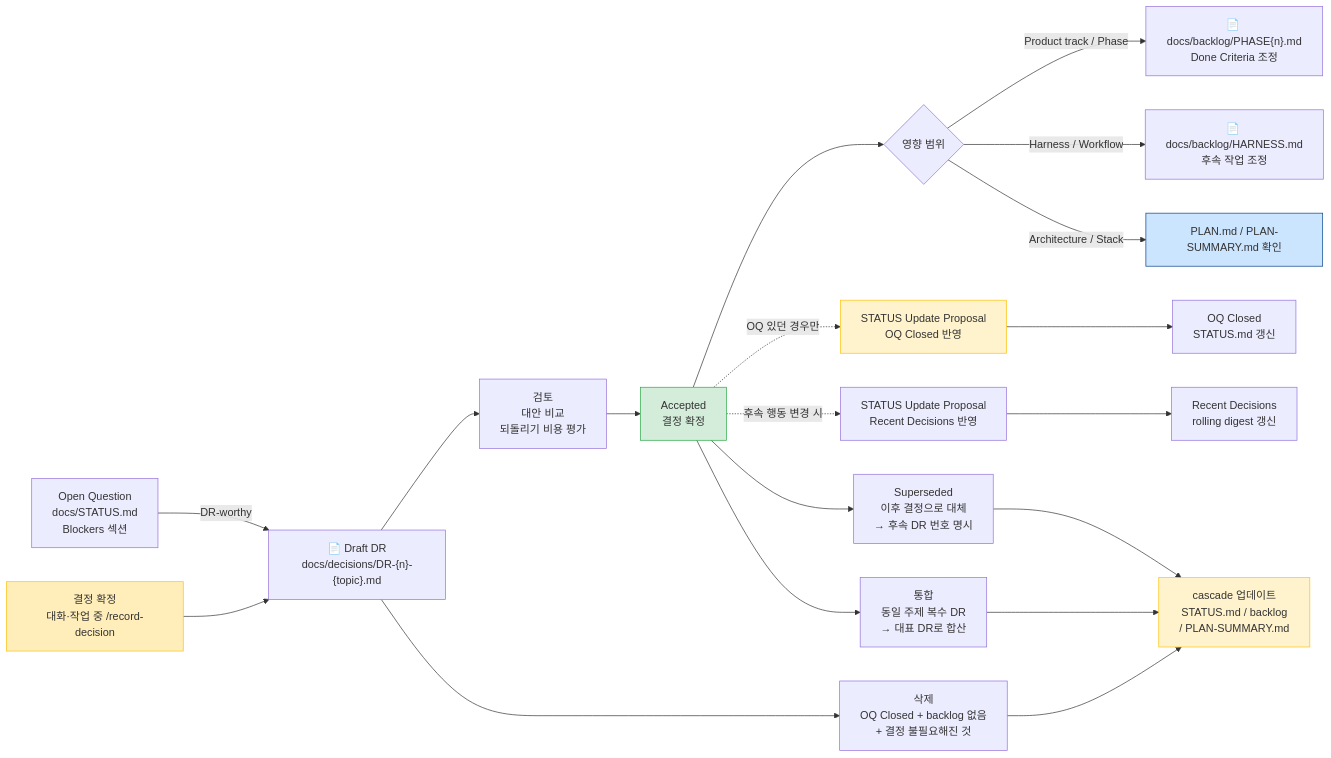
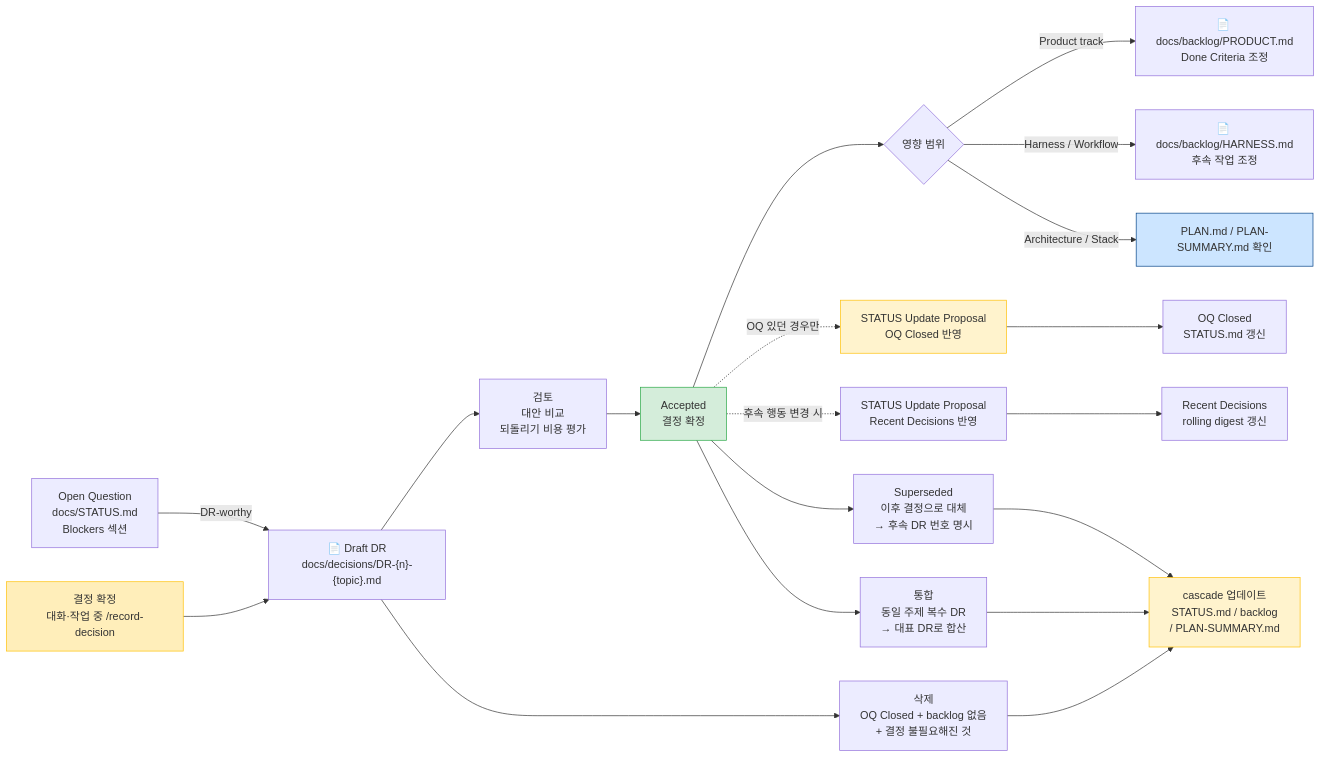
The eighth of 8 diagrams in docs/WORKFLOW-MANUAL.md (kyungseo/ai-workflow-harness), drawn with Mermaid before and after one commit. The commit also changed other lines of this file and 35 other files, not shown here.

First line of the commit message:
refactor: Product track 네이밍 PHASE{n}→PRODUCT 대칭 전환 + phase optional (DR-031, CHORE-20260609-005) (#120)

````diff
--- a/docs/WORKFLOW-MANUAL.md
+++ b/docs/WORKFLOW-MANUAL.md
@@ -561,32 +561,32 @@
 ```mermaid
 flowchart LR
     OQ["Open Question\ndocs/STATUS.md\nBlockers 섹션"]
     DECISION["결정 확정\n대화·작업 중 /record-decision"]
 
     OQ -->|"DR-worthy"| DRAFT["📄 Draft DR\ndocs/decisions/DR-{n}-{topic}.md"]
     DECISION --> DRAFT
     DRAFT --> REVIEW["검토\n대안 비교\n되돌리기 비용 평가"]
     REVIEW --> ACCEPT["Accepted\n결정 확정"]
     ACCEPT --> ROUTE{영향 범위}
-    ROUTE -- Product track / Phase --> PBACKLOG["📄 docs/backlog/PHASE{n}.md\nDone Criteria 조정"]
+    ROUTE -- Product track --> PBACKLOG["📄 docs/backlog/PRODUCT.md\nDone Criteria 조정"]
     ROUTE -- Harness / Workflow --> HBACKLOG["📄 docs/backlog/HARNESS.md\n후속 작업 조정"]
     ROUTE -- Architecture / Stack --> PLAN["PLAN.md / PLAN-SUMMARY.md 확인"]
     ACCEPT -.->|"OQ 있던 경우만"| STATUS_PROPOSAL["STATUS Update Proposal\nOQ Closed 반영"]
     ACCEPT -.->|"후속 행동 변경 시"| RECENT_DECISIONS["STATUS Update Proposal\nRecent Decisions 반영"]
     STATUS_PROPOSAL --> CLOSED["OQ Closed\nSTATUS.md 갱신"]
     RECENT_DECISIONS --> DIGEST["Recent Decisions\nrolling digest 갱신"]
 
     ACCEPT --> SUPERSEDED["Superseded\n이후 결정으로 대체\n→ 후속 DR 번호 명시"]
     DRAFT --> DELETE["삭제\nOQ Closed + backlog 없음\n+ 결정 불필요해진 것"]
     ACCEPT --> MERGE["통합\n동일 주제 복수 DR\n→ 대표 DR로 합산"]
 
     SUPERSEDED --> CASCADE["cascade 업데이트\nSTATUS.md / backlog\n/ PLAN-SUMMARY.md"]
     DELETE --> CASCADE
     MERGE --> CASCADE
 
     style ACCEPT fill:#d4edda,stroke:#28a745
     style DECISION fill:#ffeeba,stroke:#ffc107
     style PLAN fill:#cce5ff,stroke:#004085
     style STATUS_PROPOSAL fill:#fff3cd,stroke:#ffc107
     style CASCADE fill:#fff3cd,stroke:#ffc107
 ```
````
